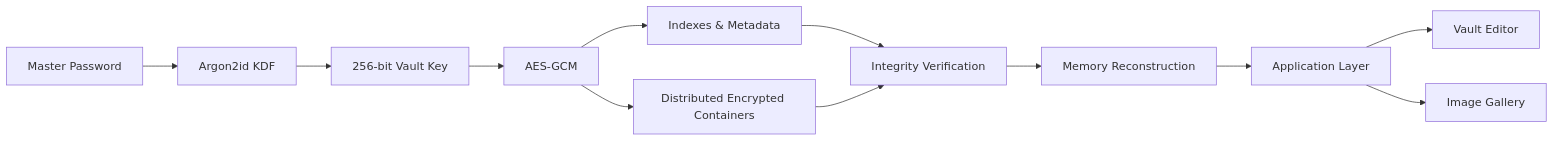
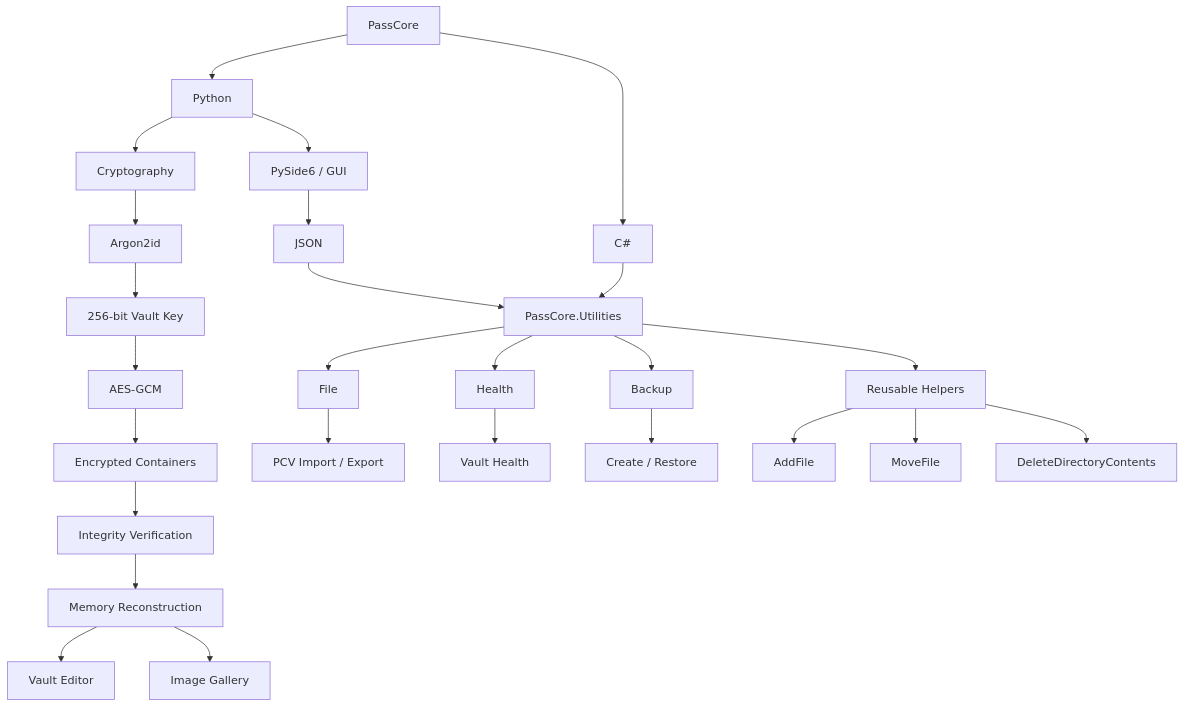
The diagram in README.md (Money-Ape/PassCore), drawn with Mermaid before and after one commit.

Commit message:
docs(arch): fix compact mermaid diagram for PassCore structure with C# handler

````diff
--- a/README.md
+++ b/README.md
@@ -83,30 +83,61 @@
 ```mermaid
-flowchart LR
+flowchart TD
 
-MP["Master Password"]
-KDF["Argon2id KDF"]
-KEY["256-bit Vault Key"]
-AES["AES-GCM"]
-BLOB["Distributed Encrypted Containers"]
-INDEX["Indexes & Metadata"]
-VERIFY["Integrity Verification"]
-RECON["Memory Reconstruction"]
-APP["Application Layer"]
-EDITOR["Vault Editor"]
-GALLERY["Image Gallery"]
+%% ==========================================================
+%% PASSCORE
 
-MP --> KDF
-KDF --> KEY
-KEY --> AES
+PC["PassCore"]
 
-AES --> BLOB
-AES --> INDEX
-INDEX --> VERIFY
-BLOB --> VERIFY
+PC --> PY["Python"]
+PC --> CS["C#"]
 
-VERIFY --> RECON
-RECON --> APP
 
-APP --> EDITOR
-APP --> GALLERY
+%% ==========================================================
+%% PYTHON SIDE
+
+PY --> UI["PySide6 / GUI"]
+PY --> CRYPTO["Cryptography"]
+
+CRYPTO --> KDF["Argon2id"]
+KDF --> KEY["256-bit Vault Key"]
+
+KEY --> AES["AES-GCM"]
+
+AES --> STORAGE["Encrypted Containers"]
+STORAGE --> INTEGRITY["Integrity Verification"]
+INTEGRITY --> RECON["Memory Reconstruction"]
+
+RECON --> EDITOR["Vault Editor"]
+RECON --> GALLERY["Image Gallery"]
+
+
+%% ==========================================================
+%% PYTHON ↔ C# BRIDGE
+
+UI --> JSON["JSON"]
+JSON --> UTIL["PassCore.Utilities"]
+
+
+%% ==========================================================
+%% C# UTILITY ENGINE
+
+CS --> UTIL
+
+UTIL --> FILE["File"]
+UTIL --> HEALTH["Health"]
+UTIL --> BACKUP["Backup"]
+
+FILE --> PCV["PCV Import / Export"]
+HEALTH --> VH["Vault Health"]
+BACKUP --> BR["Create / Restore"]
+
+
+%% ==========================================================
+%% REUSABLE HELPERS
+
+UTIL --> HELPERS["Reusable Helpers"]
+
+HELPERS --> ADD["AddFile"]
+HELPERS --> MOVE["MoveFile"]
+HELPERS --> DELETE["DeleteDirectoryContents"]
 ```
````
